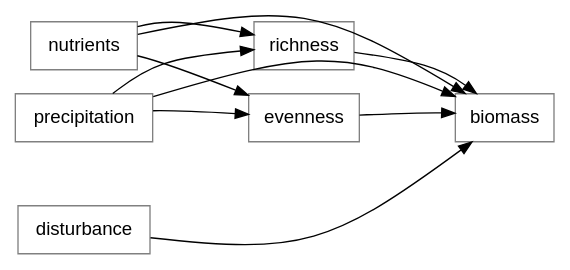
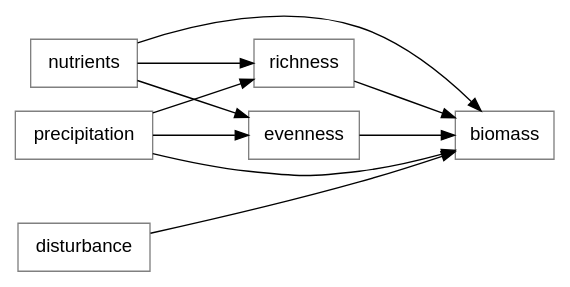
Before and after one commit to pennekampster/Swiss_SEM: diagram 24 of 27 in 5_Slides/Intro_to_SEM_part1.qmd, drawn with Graphviz. The commit also changed other lines of this file and 1 other file, not shown here.

````diff
--- a/5_Slides/Intro_to_SEM_part1.qmd
+++ b/5_Slides/Intro_to_SEM_part1.qmd
@@ -1431,33 +1442,33 @@
 ```{dot}
 //| fig-width: 6
 digraph  {
 
    # a 'graph' statement
-  graph [overlap = false, fontsize = 10, rankdir = LR, ranksep=1, splines=curved]
+  graph [overlap = false, fontsize = 10, rankdir = LR, ranksep=1]
 
   # several 'node' statements
   node [shape = box,
         fontname = Helvetica, color="gray"]
   
         evenness, richness;
         nutrients;
         disturbance;
         precipitation;
 
     nutrients->richness;
     nutrients->evenness;
     nutrients -> biomass;
     precipitation->richness;
     precipitation->evenness;
     disturbance -> biomass;
     precipitation -> biomass;
 
    # evenness:e-> richness:e [dir=both; minlen=3] ;
 
     evenness->biomass ;
     richness->biomass ;
   
- { rank="same"; nutrients; disturbance}
+ { rank="same"; nutrients; disturbance; precipitation}
  { rank="same"; evenness; richness}
 }
 ```
````
